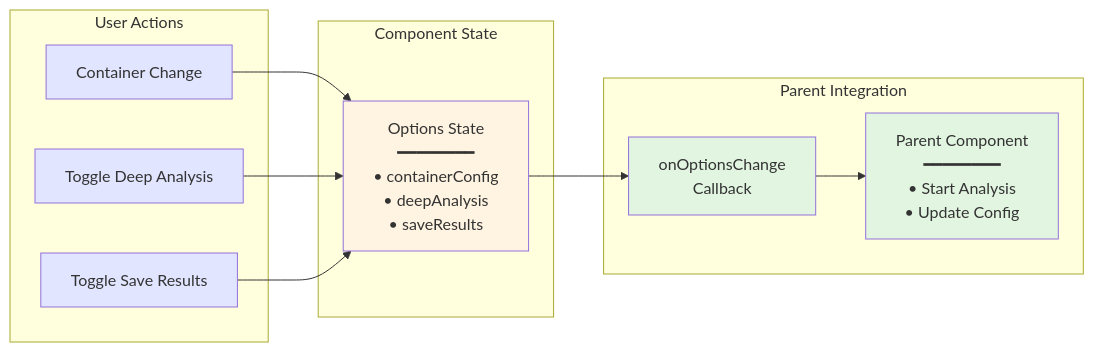
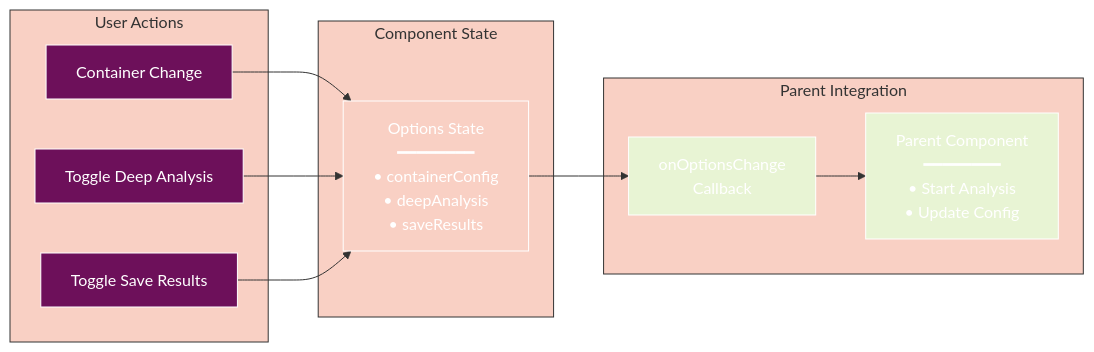
Before and after one commit to radicalkjax/Athena: the fifth of 5 diagrams in docs/components/ANALYSIS_OPTIONS_PANEL.md, drawn with Mermaid. The commit also changed other lines of this file and 27 other files, not shown here.

Commit message:
Introduction of expo package manager. Updated docs to reflect changes. Unified mermaid theme for docs.

````diff
--- a/docs/components/ANALYSIS_OPTIONS_PANEL.md
+++ b/docs/components/ANALYSIS_OPTIONS_PANEL.md
@@ -350,31 +434,52 @@
 ```mermaid
+%%{init: {
+  'theme': 'base',
+  'themeVariables': {
+    'primaryColor': '#6d105a',
+    'primaryTextColor': '#ffffff',
+    'primaryBorderColor': '#ffffff',
+    'lineColor': '#333333',
+    'secondaryColor': '#e8f4d4',
+    'secondaryTextColor': '#333333',
+    'secondaryBorderColor': '#333333',
+    'tertiaryColor': '#f9d0c4',
+    'tertiaryTextColor': '#333333',
+    'tertiaryBorderColor': '#333333',
+    'background': '#ffffff',
+    'mainBkg': '#6d105a',
+    'secondBkg': '#e8f4d4',
+    'tertiaryBkg': '#f9d0c4',
+    'textColor': '#333333',
+    'fontFamily': 'Arial, sans-serif'
+  }
+}}%%
 flowchart LR
     subgraph "User Actions"
         UC[Container Change]
         UD[Toggle Deep Analysis]
         US[Toggle Save Results]
     end
     
     subgraph "Component State"
         State[Options State<br/>━━━━━━━━<br/>• containerConfig<br/>• deepAnalysis<br/>• saveResults]
     end
     
     subgraph "Parent Integration"
         CB[onOptionsChange<br/>Callback]
         PC[Parent Component<br/>━━━━━━━━<br/>• Start Analysis<br/>• Update Config]
     end
     
     UC --> State
     UD --> State
     US --> State
     
     State --> CB
     CB --> PC
     
-    style UC fill:#e1e5ff
-    style UD fill:#e1e5ff
-    style US fill:#e1e5ff
-    style State fill:#fff4e1
-    style CB fill:#e1f5e1
-    style PC fill:#e1f5e1
+    style UC fill:#6d105a
+    style UD fill:#6d105a
+    style US fill:#6d105a
+    style State fill:#f9d0c4
+    style CB fill:#e8f4d4
+    style PC fill:#e8f4d4
 ```
````
